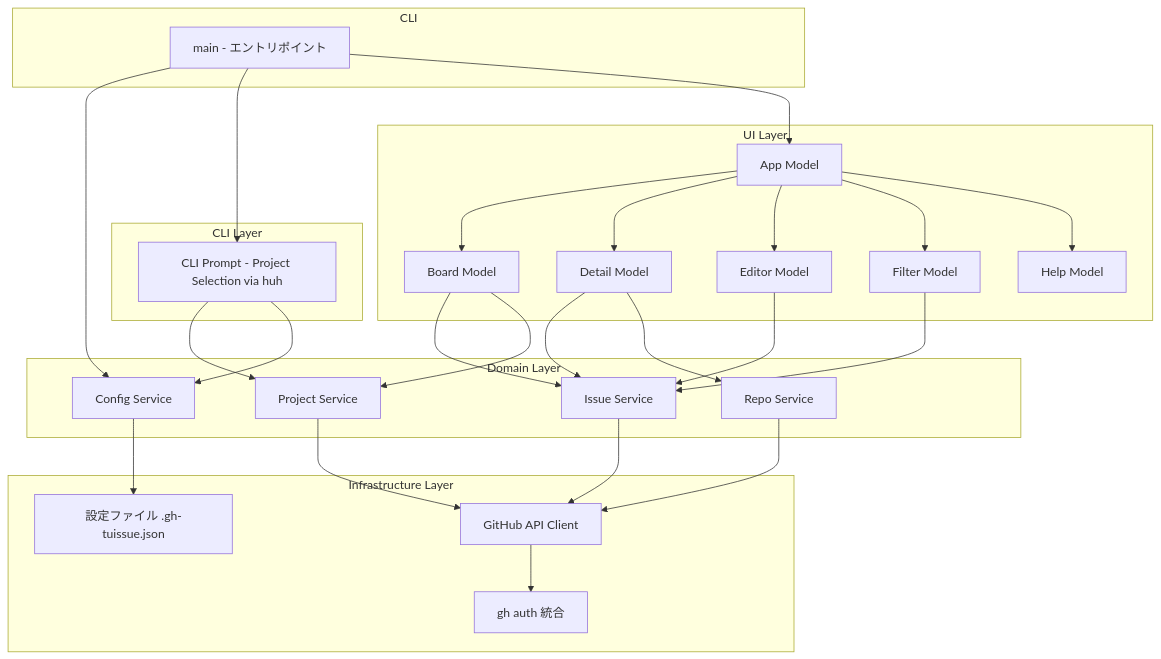
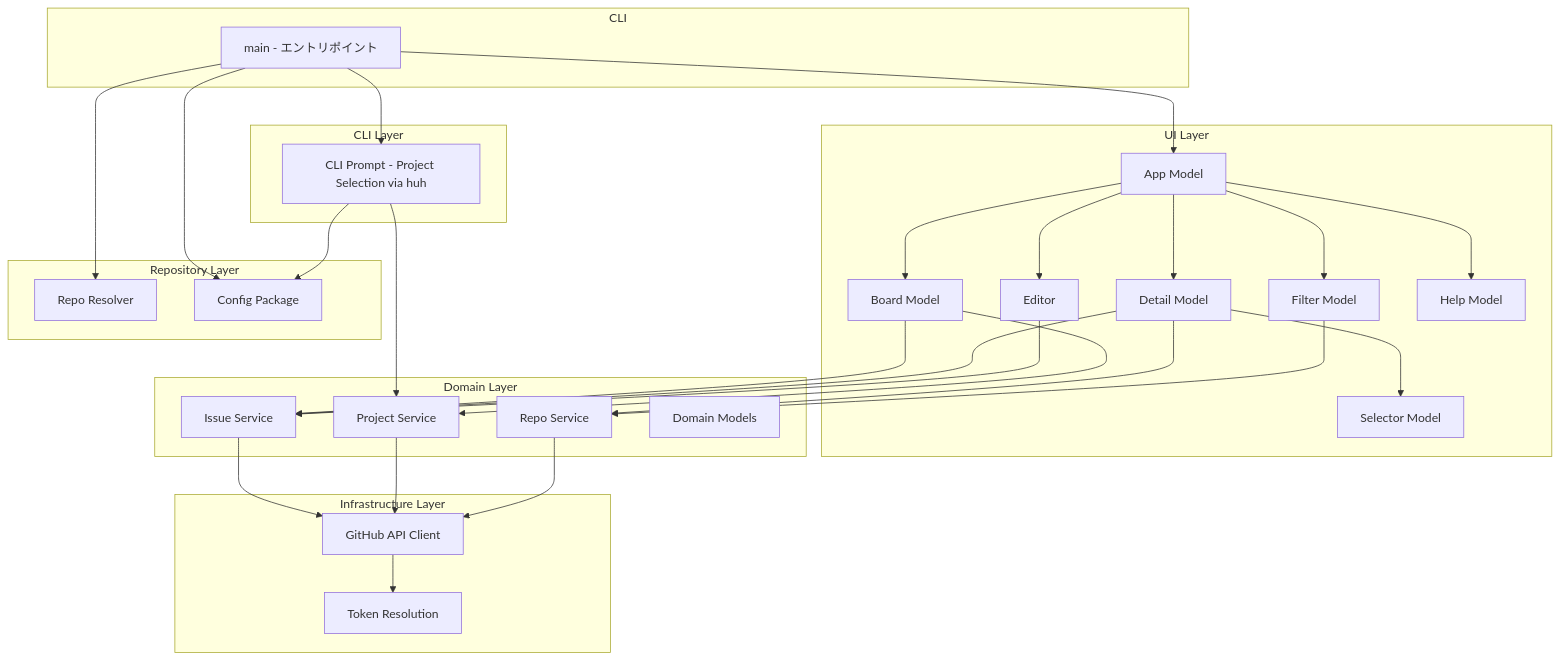
One commit to masamichhhhi/gh-tuissue changed the first of 7 diagrams in .kiro/specs/gh-issue-kanban-tui/design.md. Above: the diagram before and after it, drawn with Mermaid. The commit also changed other lines of this file and 9 other files, not shown here.

````diff
--- a/.kiro/specs/gh-issue-kanban-tui/design.md
+++ b/.kiro/specs/gh-issue-kanban-tui/design.md
@@ -34,54 +34,60 @@
 ```mermaid
 graph TB
     subgraph CLI
         Main[main - エントリポイント]
     end
 
     subgraph CLI Layer
         Prompt[CLI Prompt - Project Selection via huh]
     end
 
     subgraph UI Layer
         App[App Model]
         Board[Board Model]
         Detail[Detail Model]
-        Editor[Editor Model]
+        Editor[Editor]
         Filter[Filter Model]
         Help[Help Model]
+        Selector[Selector Model]
     end
 
     subgraph Domain Layer
         IssueService[Issue Service]
         ProjectService[Project Service]
         RepoService[Repo Service]
-        ConfigService[Config Service]
+        DomainModels[Domain Models]
+    end
+
+    subgraph Repository Layer
+        RepoResolver[Repo Resolver]
+        ConfigPkg[Config Package]
     end
 
     subgraph Infrastructure Layer
         GHClient[GitHub API Client]
-        GHAuth[gh auth 統合]
-        ConfigFile[設定ファイル .gh-tuissue.json]
+        GHAuth[Token Resolution]
     end
 
-    Main --> ConfigService
+    Main --> RepoResolver
+    Main --> ConfigPkg
     Main --> Prompt
     Main --> App
     Prompt --> ProjectService
-    Prompt --> ConfigService
+    Prompt --> ConfigPkg
     App --> Board
     App --> Detail
     App --> Editor
     App --> Filter
     App --> Help
+    Detail --> Selector
     Board --> IssueService
     Board --> ProjectService
     Detail --> IssueService
     Detail --> RepoService
     Editor --> IssueService
-    Filter --> IssueService
+    Filter --> RepoService
     IssueService --> GHClient
     ProjectService --> GHClient
     RepoService --> GHClient
     GHClient --> GHAuth
-    ConfigService --> ConfigFile
 ```
````
